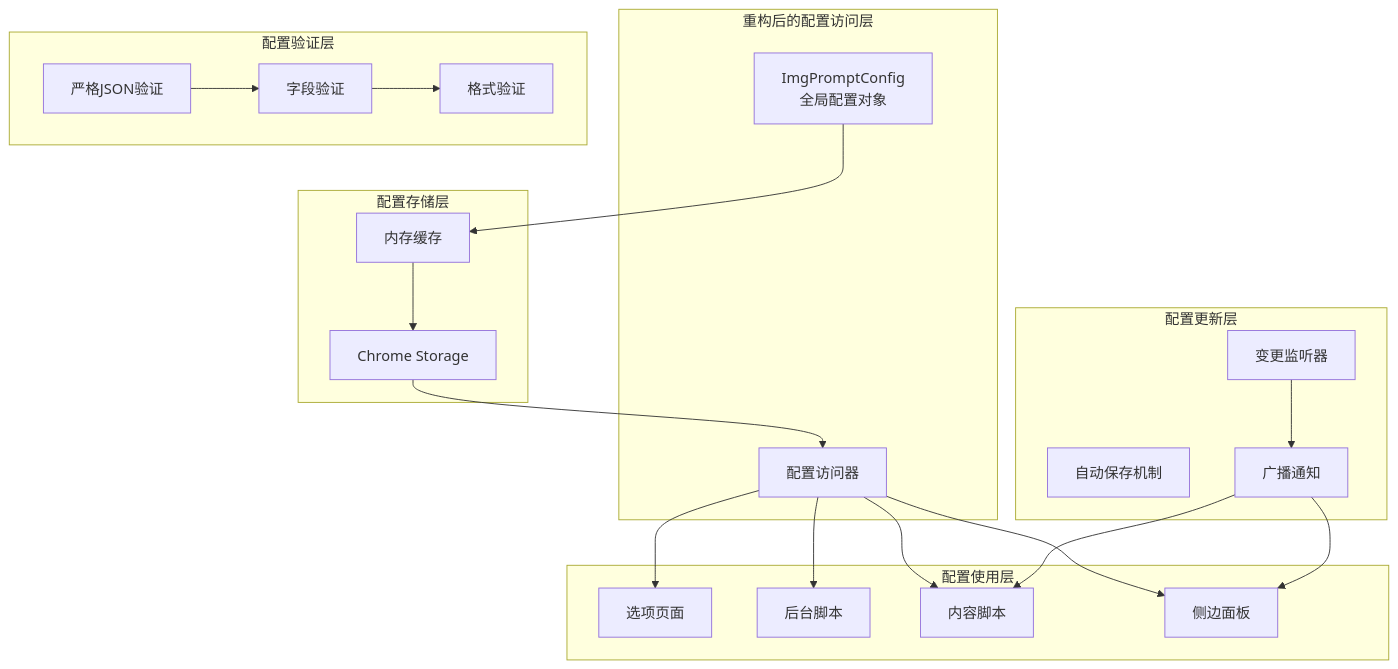
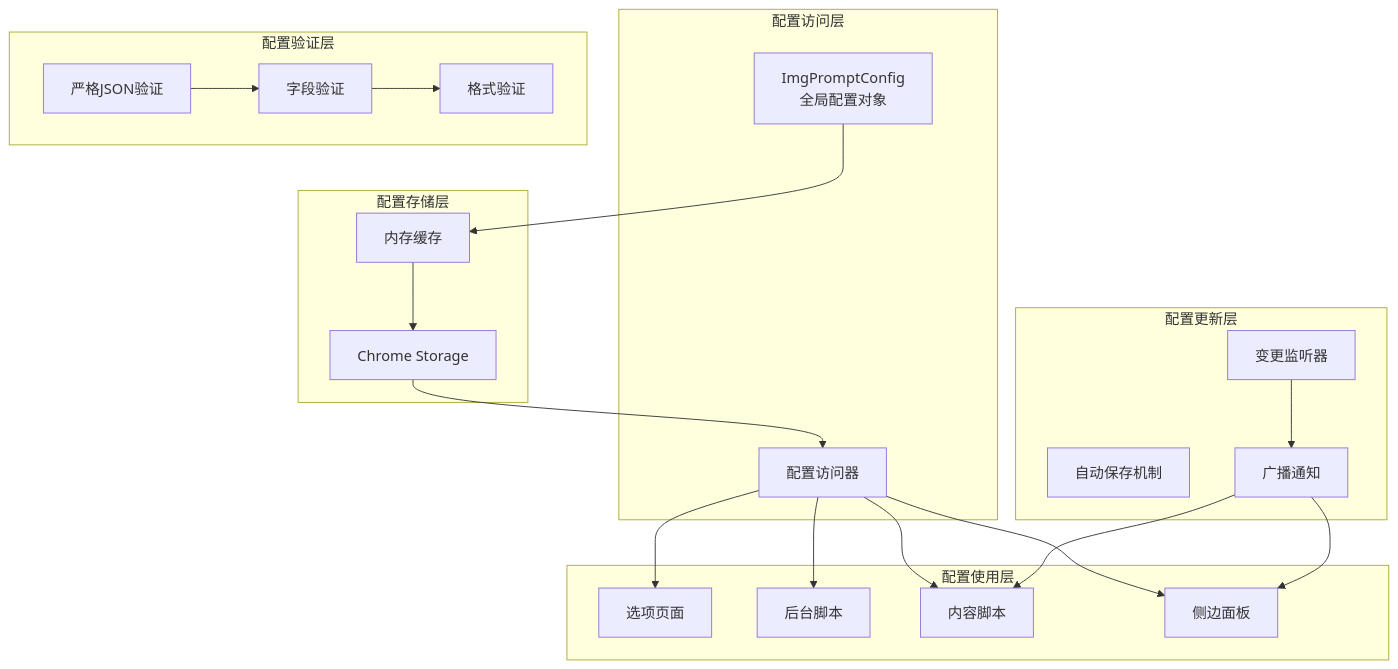
One commit to binasi/Img2Prompt changed the third of 11 diagrams in .qoder/repowiki/zh/content/技术架构/核心模块分析/配置管理模块 (config.js).md. Above: the diagram before and after it, drawn with Mermaid. The commit also changed other lines of this file and 8 other files, not shown here.

````diff
--- a/.qoder/repowiki/zh/content/技术架构/核心模块分析/配置管理模块 (config.js).md
+++ b/.qoder/repowiki/zh/content/技术架构/核心模块分析/配置管理模块 (config.js).md
@@ -288,39 +269,39 @@
 ```mermaid
 graph TB
-subgraph "重构后的配置访问层"
+subgraph "配置访问层"
 Global[ImgPromptConfig<br/>全局配置对象]
 Access[配置访问器]
 end
 subgraph "配置存储层"
 Memory[内存缓存]
 Storage[Chrome Storage]
 end
 subgraph "配置验证层"
 StrictJSON[严格JSON验证]
 FieldValidation[字段验证]
 FormatValidation[格式验证]
 end
 subgraph "配置更新层"
 AutoSave[自动保存机制]
 ChangeListener[变更监听器]
 Broadcast[广播通知]
 end
 subgraph "配置使用层"
 Options[选项页面]
 Background[后台脚本]
 Content[内容脚本]
 Panel[侧边面板]
 end
 Global --> Memory
 Memory --> Storage
 Storage --> Access
 Access --> Options
 Access --> Background
 Access --> Content
 Access --> Panel
 StrictJSON --> FieldValidation
 FieldValidation --> FormatValidation
 ChangeListener --> Broadcast
 Broadcast --> Content
 Broadcast --> Panel
 ```
````
